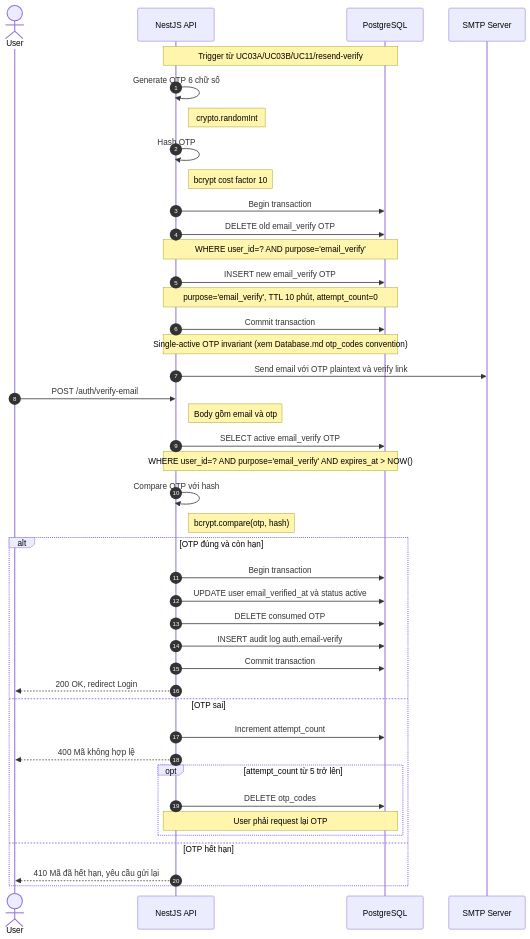
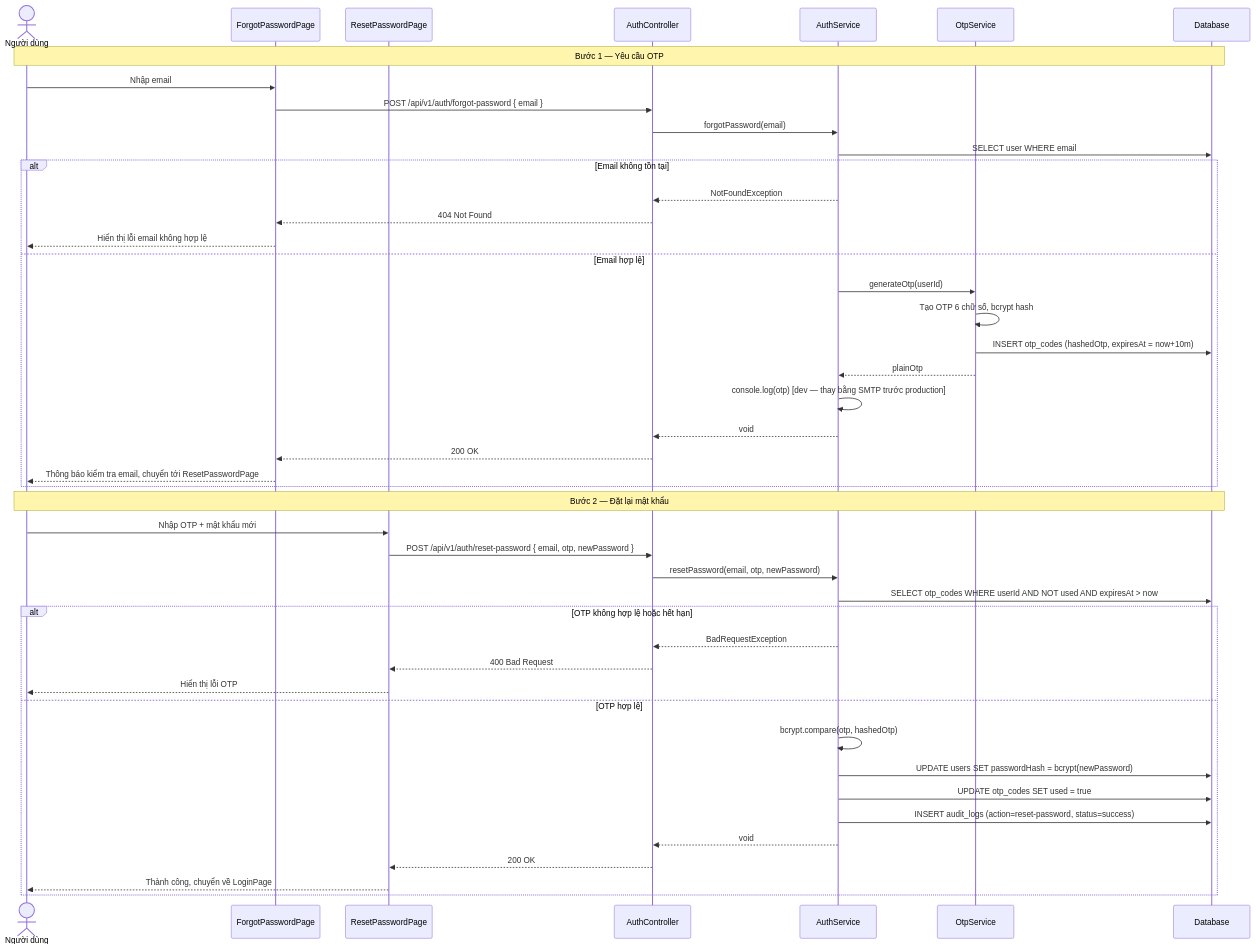
The seventh of 42 diagrams in docs/VI/Design/Architecture.md (lethanhan01/gym-management-system), drawn with Mermaid before and after one commit. The commit also changed other lines of this file and 527 other files, not shown here.

````diff
--- a/docs/VI/Design/Architecture.md
+++ b/docs/VI/Design/Architecture.md
@@ -284,46 +195,49 @@
 ```mermaid
 sequenceDiagram
-    autonumber
-    actor U as User
-    participant API as NestJS API
-    participant DB as PostgreSQL
-    participant SMTP as SMTP Server
+    actor User as Người dùng
+    participant FP as ForgotPasswordPage
+    participant RP as ResetPasswordPage
+    participant API as AuthController
+    participant Auth as AuthService
+    participant Otp as OtpService
+    participant DB as Database
 
-    Note over API,DB: Trigger từ UC03A/UC03B/UC11/resend-verify
-    API->>API: Generate OTP 6 chữ số
-    Note right of API: crypto.randomInt
-    API->>API: Hash OTP
-    Note right of API: bcrypt cost factor 10
-    API->>DB: Begin transaction
-    API->>DB: DELETE old email_verify OTP
-    Note over API,DB: WHERE user_id=? AND purpose='email_verify'
-    API->>DB: INSERT new email_verify OTP
-    Note over API,DB: purpose='email_verify', TTL 10 phút, attempt_count=0
-    API->>DB: Commit transaction
-    Note over API,DB: Single-active OTP invariant (xem Database.md otp_codes convention)
-    API->>SMTP: Send email với OTP plaintext và verify link
+    Note over User, DB: Bước 1 — Yêu cầu OTP
+    User->>FP: Nhập email
+    FP->>API: POST /api/v1/auth/forgot-password { email }
+    API->>Auth: forgotPassword(email)
+    Auth->>DB: SELECT user WHERE email
+    alt Email không tồn tại
+        Auth-->>API: NotFoundException
+        API-->>FP: 404 Not Found
+        FP-->>User: Hiển thị lỗi email không hợp lệ
+    else Email hợp lệ
+        Auth->>Otp: generateOtp(userId)
+        Otp->>Otp: Tạo OTP 6 chữ số, bcrypt hash
+        Otp->>DB: INSERT otp_codes (hashedOtp, expiresAt = now+10m)
+        Otp-->>Auth: plainOtp
+        Auth->>Auth: console.log(otp) [dev — thay bằng SMTP trước production]
+        Auth-->>API: void
+        API-->>FP: 200 OK
+        FP-->>User: Thông báo kiểm tra email, chuyển tới ResetPasswordPage
+    end
 
-    U->>API: POST /auth/verify-email
-    Note right of API: Body gồm email và otp
-    API->>DB: SELECT active email_verify OTP
-    Note over API,DB: WHERE user_id=? AND purpose='email_verify' AND expires_at > NOW()
-    API->>API: Compare OTP với hash
-    Note right of API: bcrypt.compare(otp, hash)
-    alt OTP đúng và còn hạn
-        API->>DB: Begin transaction
-        API->>DB: UPDATE user email_verified_at và status active
-        API->>DB: DELETE consumed OTP
-        API->>DB: INSERT audit log auth.email-verify
-        API->>DB: Commit transaction
-        API-->>U: 200 OK, redirect Login
-    else OTP sai
-        API->>DB: Increment attempt_count
-        API-->>U: 400 Mã không hợp lệ
-        opt attempt_count từ 5 trở lên
-            API->>DB: DELETE otp_codes
-            Note over API,DB: User phải request lại OTP
-        end
-    else OTP hết hạn
-        API-->>U: 410 Mã đã hết hạn, yêu cầu gửi lại
+    Note over User, DB: Bước 2 — Đặt lại mật khẩu
+    User->>RP: Nhập OTP + mật khẩu mới
+    RP->>API: POST /api/v1/auth/reset-password { email, otp, newPassword }
+    API->>Auth: resetPassword(email, otp, newPassword)
+    Auth->>DB: SELECT otp_codes WHERE userId AND NOT used AND expiresAt > now
+    alt OTP không hợp lệ hoặc hết hạn
+        Auth-->>API: BadRequestException
+        API-->>RP: 400 Bad Request
+        RP-->>User: Hiển thị lỗi OTP
+    else OTP hợp lệ
+        Auth->>Auth: bcrypt.compare(otp, hashedOtp)
+        Auth->>DB: UPDATE users SET passwordHash = bcrypt(newPassword)
+        Auth->>DB: UPDATE otp_codes SET used = true
+        Auth->>DB: INSERT audit_logs (action=reset-password, status=success)
+        Auth-->>API: void
+        API-->>RP: 200 OK
+        RP-->>User: Thành công, chuyển về LoginPage
     end
 ```
````
